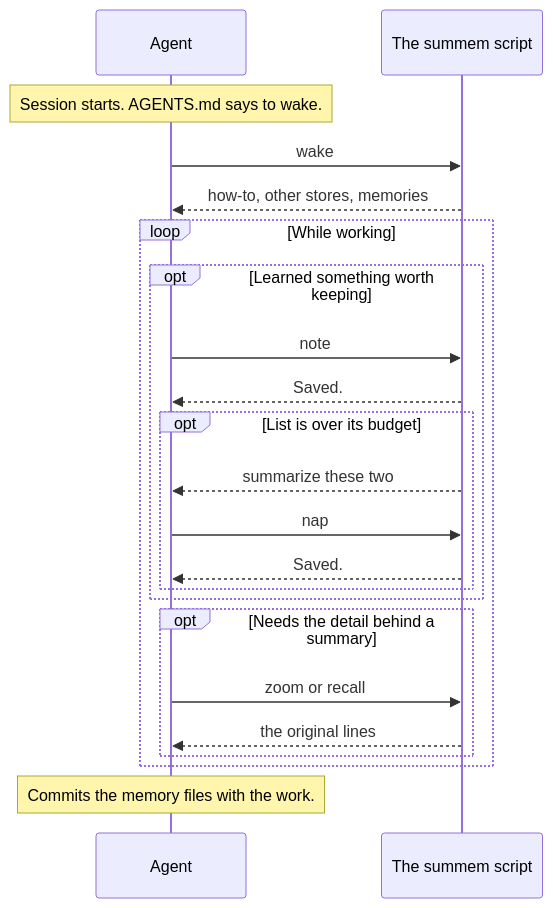
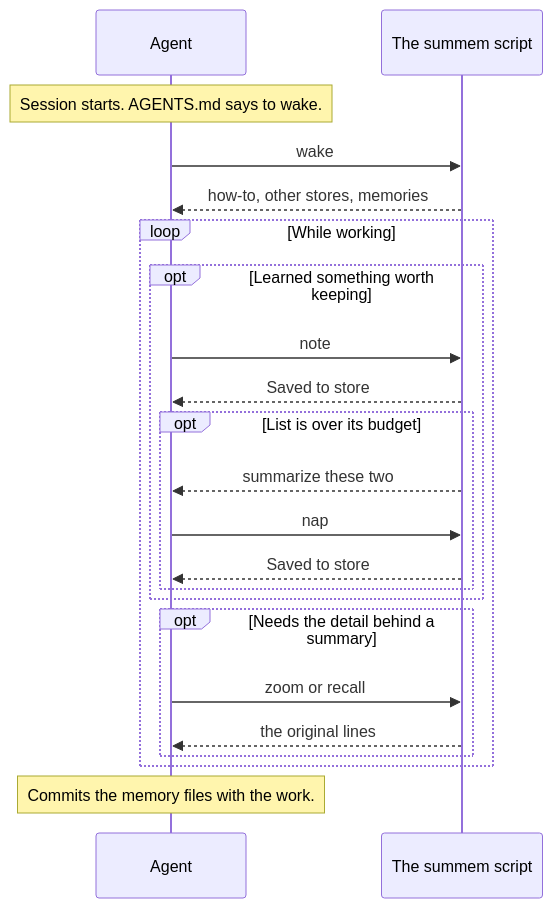
The diagram in docs/user-guide/index.md (Texarkanine/SumMem), drawn with Mermaid before and after one commit. The commit also changed 18 other files, not shown here.

````diff
--- a/docs/user-guide/index.md
+++ b/docs/user-guide/index.md
@@ -14,25 +14,25 @@
 ```mermaid
 sequenceDiagram
     participant Agent
     participant Script as The summem script
 
     Note over Agent: Session starts. AGENTS.md says to wake.
     Agent->>Script: wake
     Script-->>Agent: how-to, other stores, memories
     loop While working
         opt Learned something worth keeping
             Agent->>Script: note
-            Script-->>Agent: Saved.
+            Script-->>Agent: Saved to store
             opt List is over its budget
                 Script-->>Agent: summarize these two
                 Agent->>Script: nap
-                Script-->>Agent: Saved.
+                Script-->>Agent: Saved to store
             end
         end
         opt Needs the detail behind a summary
             Agent->>Script: zoom or recall
             Script-->>Agent: the original lines
         end
     end
     Note over Agent: Commits the memory files with the work.
 ```
````
